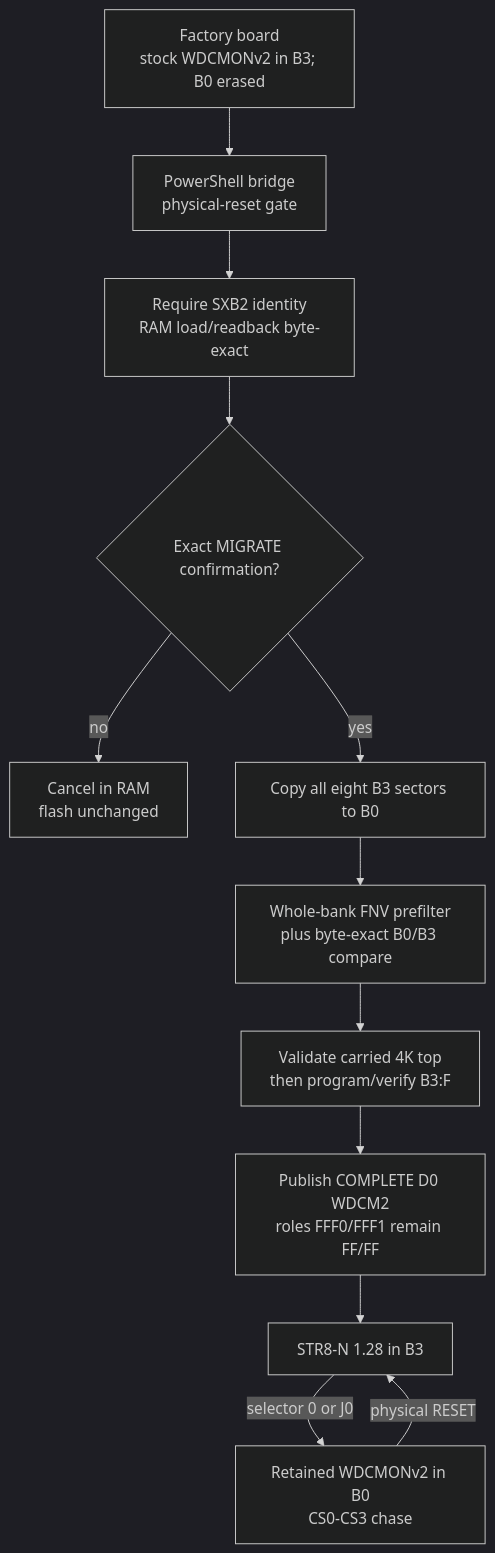
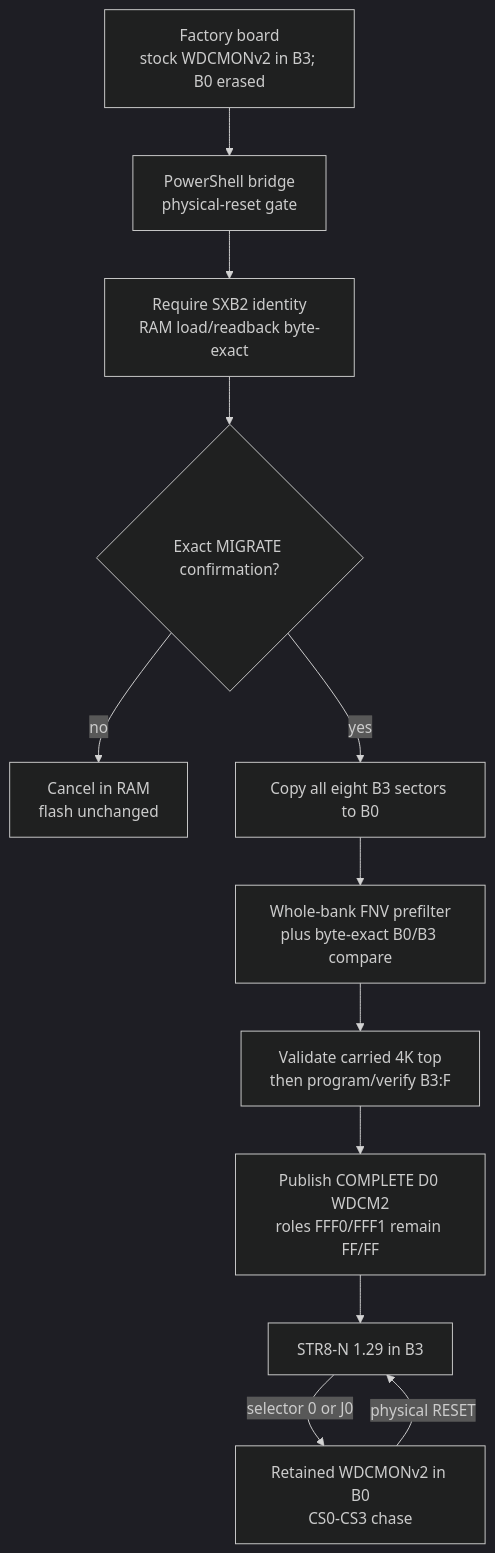
The fifth of 14 diagrams in docs/MAPS.md (95westus/STR8-N), drawn with Mermaid (dark theme) before and after one commit. The commit also changed other lines of this file and 10 other files, not shown here.

````diff
--- a/docs/MAPS.md
+++ b/docs/MAPS.md
@@ -108,14 +108,14 @@
 ```mermaid
 flowchart TD
     F[Factory board<br/>stock WDCMONv2 in B3; B0 erased] --> H[PowerShell bridge<br/>physical-reset gate]
     H --> V[Require SXB2 identity<br/>RAM load/readback byte-exact]
     V --> M{Exact MIGRATE confirmation?}
     M -->|no| X[Cancel in RAM<br/>flash unchanged]
     M -->|yes| C[Copy all eight B3 sectors to B0]
     C --> E[Whole-bank FNV prefilter<br/>plus byte-exact B0/B3 compare]
     E --> T[Validate carried 4K top<br/>then program/verify B3:F]
     T --> D[Publish COMPLETE D0 WDCM2<br/>roles FFF0/FFF1 remain FF/FF]
-    D --> S[STR8-N 1.28 in B3]
+    D --> S[STR8-N 1.29 in B3]
     S -->|selector 0 or J0| W[Retained WDCMONv2 in B0<br/>CS0-CS3 chase]
     W -->|physical RESET| S
 ```
````
